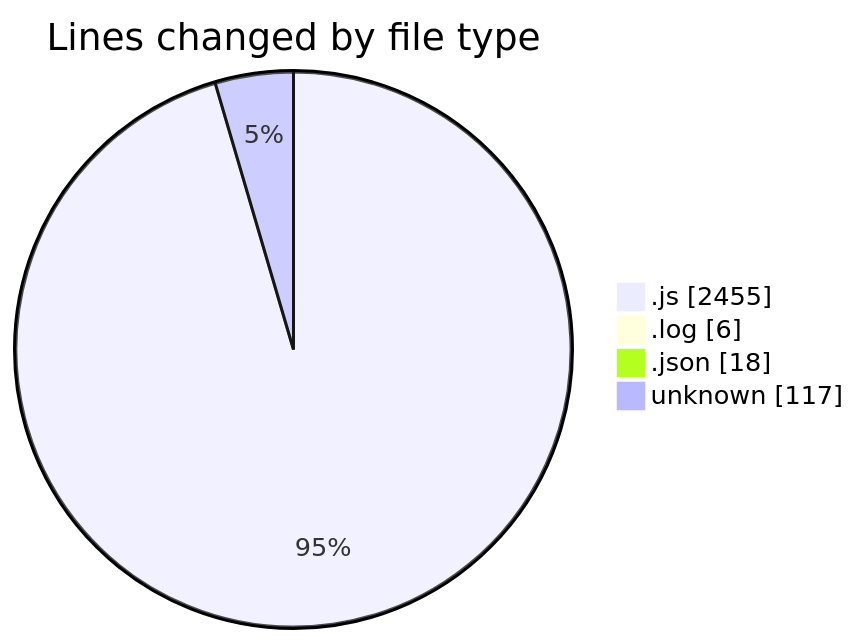
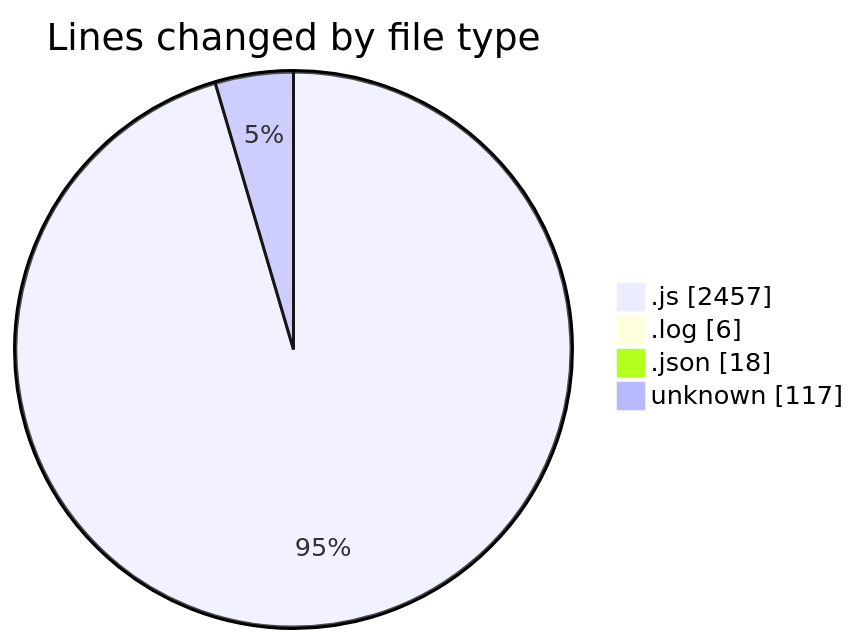
The first of 2 diagrams in 2025-03-31/jsvms/README.md (BS-eng2023/code-tracking), drawn with Mermaid before and after one commit. The commit also changed other lines of this file and 1 other file, not shown here.

````diff
--- a/2025-03-31/jsvms/README.md
+++ b/2025-03-31/jsvms/README.md
@@ -46,8 +46,8 @@
 ```mermaid
 pie showData
 title Lines changed by file type
-".js" : 2455
+".js" : 2457
 ".log" : 6
 ".json" : 18
 "unknown" : 117
 ```
````
